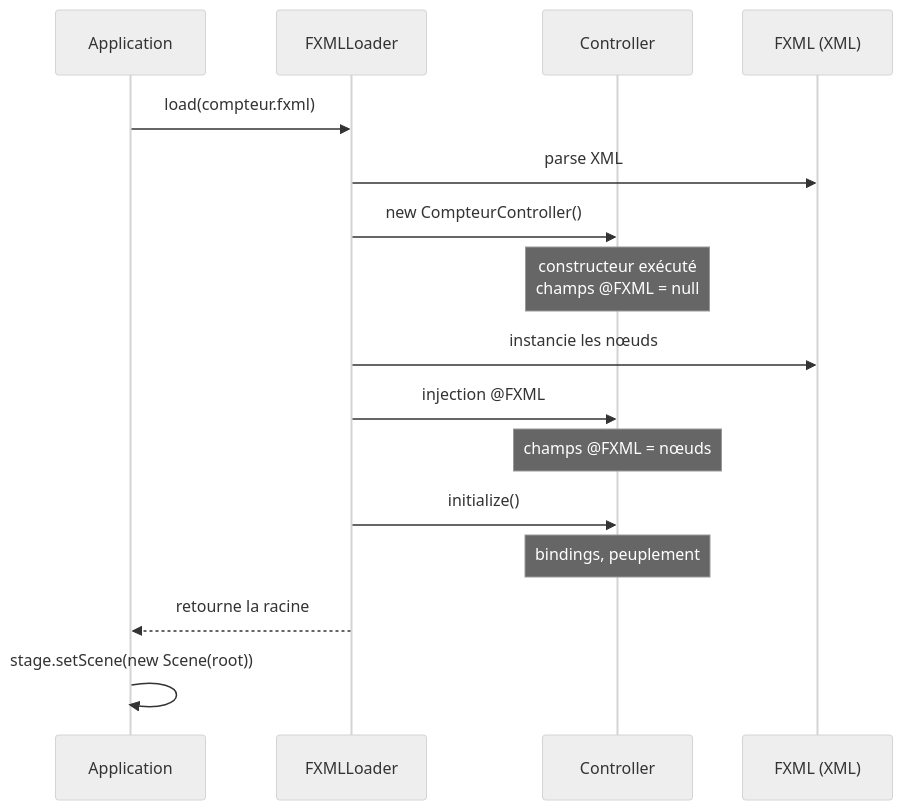
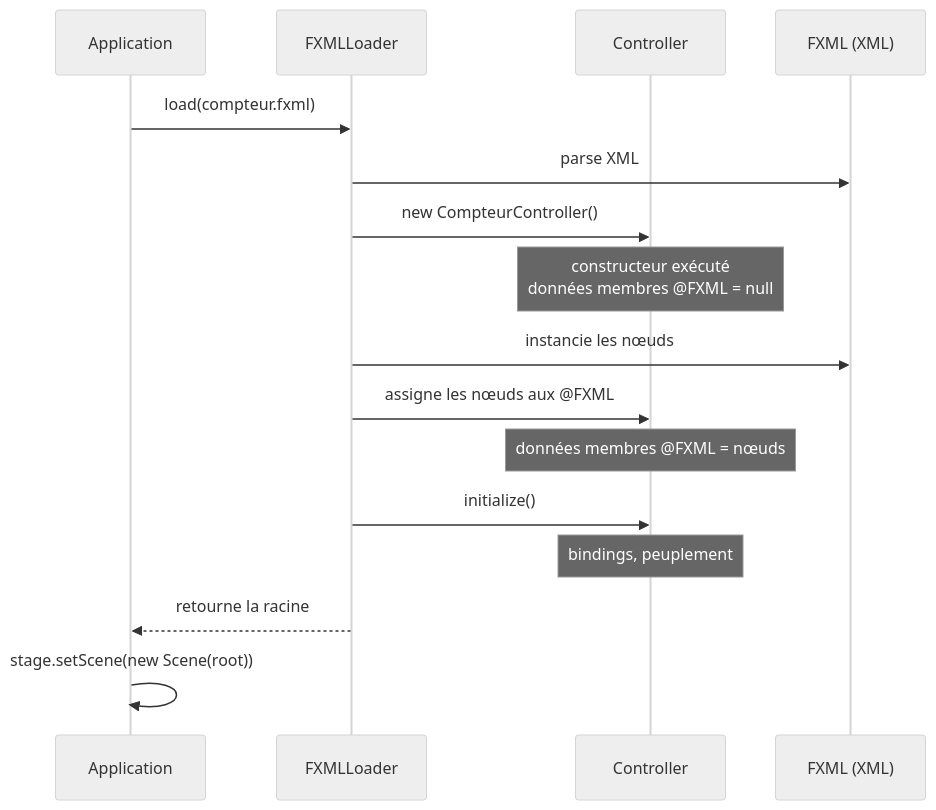
One commit to IUTInfoAix-R202/cours changed the diagram in scripts/kroki-sources/cm3-fxml-cycle-vie.mmd. Above: the diagram before and after it, drawn with Mermaid (neutral theme). The commit also changed 2 other files, not shown here.

Commit message:
docs(cm3): supprime "injection" et "champ" du slide 40 et de son SVG Kroki
Le bandeau, le alt-text et les libellés du diagramme Mermaid utilisent
désormais "données membres" et "assigne les nœuds aux @FXML".
SVG régénéré via Kroki local.

```diff
--- a/scripts/kroki-sources/cm3-fxml-cycle-vie.mmd
+++ b/scripts/kroki-sources/cm3-fxml-cycle-vie.mmd
@@ -1,16 +1,16 @@
 sequenceDiagram
     participant App as Application
     participant FL as FXMLLoader
     participant C as Controller
     participant FX as FXML (XML)
     App->>FL: load(compteur.fxml)
     FL->>FX: parse XML
     FL->>C: new CompteurController()
-    Note over C: constructeur exécuté<br/>champs @FXML = null
+    Note over C: constructeur exécuté<br/>données membres @FXML = null
     FL->>FX: instancie les nœuds
-    FL->>C: injection @FXML
-    Note over C: champs @FXML = nœuds
+    FL->>C: assigne les nœuds aux @FXML
+    Note over C: données membres @FXML = nœuds
     FL->>C: initialize()
     Note over C: bindings, peuplement
     FL-->>App: retourne la racine
     App->>App: stage.setScene(new Scene(root))
```
